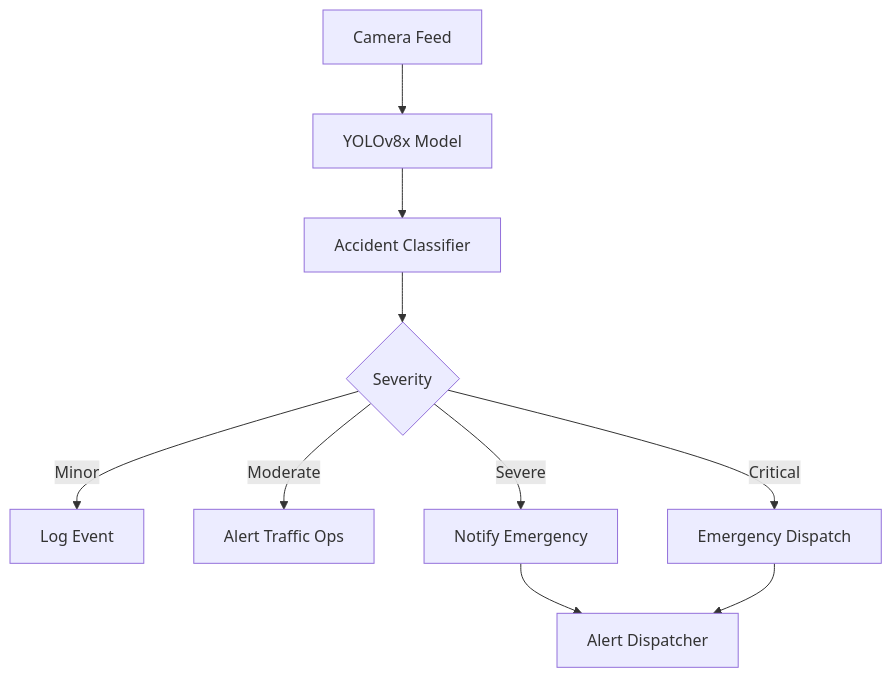
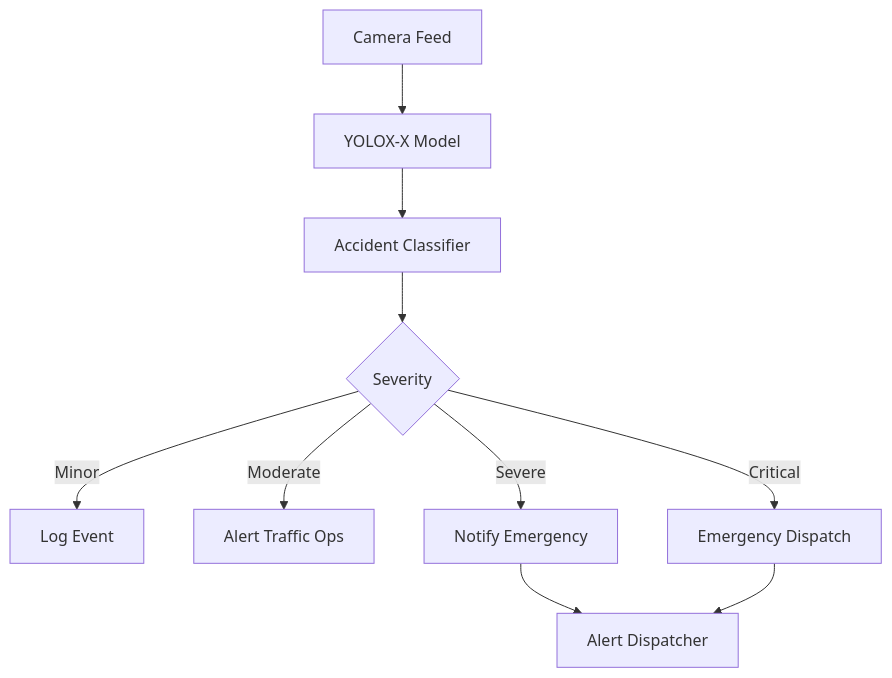
Before and after one commit to NguyenNhatquang522004/UIP-Urban_Intelligence_Platform: the second of 2 diagrams in apps/traffic-web-app/frontend/docs/docs/agents/complete-agents-reference.md, drawn with Mermaid. The commit also changed other lines of this file and 62 other files, not shown here.

````diff
--- a/apps/traffic-web-app/frontend/docs/docs/agents/complete-agents-reference.md
+++ b/apps/traffic-web-app/frontend/docs/docs/agents/complete-agents-reference.md
@@ -324,12 +324,12 @@
 ```mermaid
 graph TB
-    A[Camera Feed] --> B[YOLOv8x Model]
+    A[Camera Feed] --> B[YOLOX-X Model]
     B --> C[Accident Classifier]
     C --> D{Severity}
     D -->|Minor| E[Log Event]
     D -->|Moderate| F[Alert Traffic Ops]
     D -->|Severe| G[Notify Emergency]
     D -->|Critical| H[Emergency Dispatch]
     G --> I[Alert Dispatcher]
     H --> I
 ```
````
